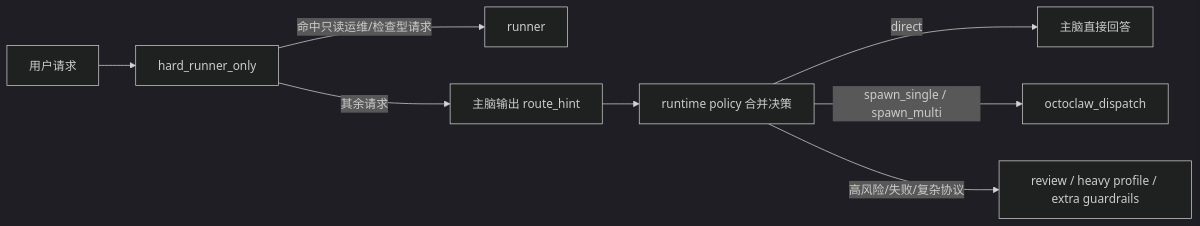
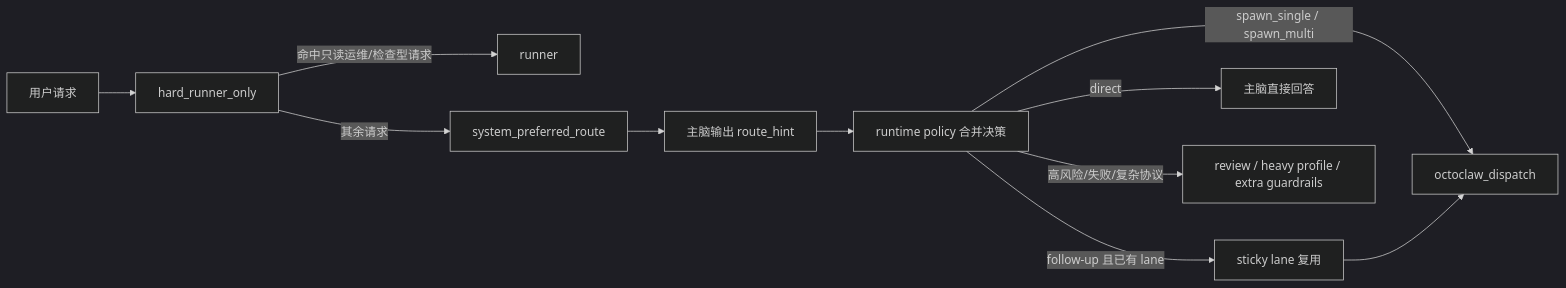
One commit to guanbear/OctoClaw changed the diagram in octoclaw-grayzone-routing-design-v1-2026-03-27.md. Above: the diagram before and after it, drawn with Mermaid (dark theme). The commit also changed other lines of this file and 8 other files, not shown here.

Commit message:
Refine route-hint policy merge and sticky lane runtime

````diff
--- a/octoclaw-grayzone-routing-design-v1-2026-03-27.md
+++ b/octoclaw-grayzone-routing-design-v1-2026-03-27.md
@@ -92,10 +94,13 @@
 ```mermaid
 flowchart LR
     A["用户请求"] --> B["hard_runner_only"]
     B -->|"命中只读运维/检查型请求"| C["runner"]
-    B -->|"其余请求"| D["主脑输出 route_hint"]
-    D --> E["runtime policy 合并决策"]
-    E -->|"direct"| F["主脑直接回答"]
-    E -->|"spawn_single / spawn_multi"| G["octoclaw_dispatch"]
-    E -->|"高风险/失败/复杂协议"| H["review / heavy profile / extra guardrails"]
+    B -->|"其余请求"| D["system_preferred_route"]
+    D --> E["主脑输出 route_hint"]
+    E --> F["runtime policy 合并决策"]
+    F -->|"follow-up 且已有 lane"| G["sticky lane 复用"]
+    F -->|"direct"| H["主脑直接回答"]
+    F -->|"spawn_single / spawn_multi"| I["octoclaw_dispatch"]
+    G --> I["octoclaw_dispatch"]
+    F -->|"高风险/失败/复杂协议"| J["review / heavy profile / extra guardrails"]
 ```
````
